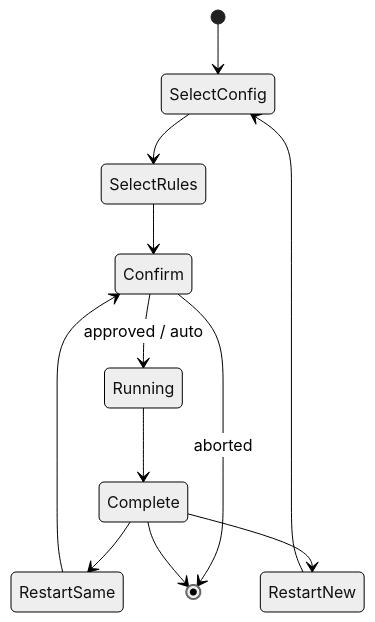
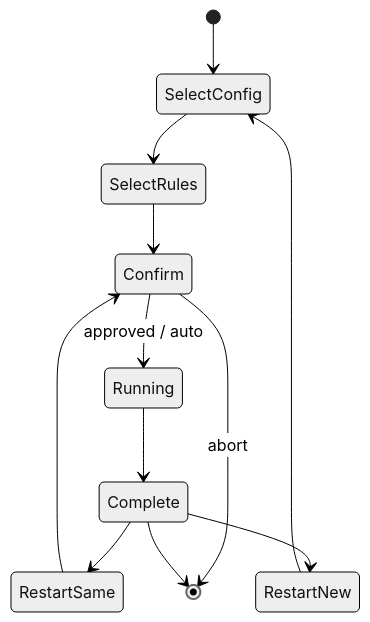
Before and after one commit to tks18/personal-finance-etl: the second of 3 diagrams in docs/getting-started/cli-and-desktop.md, drawn with Mermaid (neutral theme). The commit also changed other lines of this file and 3 other files, not shown here.

````diff
--- a/docs/getting-started/cli-and-desktop.md
+++ b/docs/getting-started/cli-and-desktop.md
@@ -123,14 +110,14 @@
 ```mermaid
 stateDiagram-v2
     [*] --> SelectConfig
     SelectConfig --> SelectRules
     SelectRules --> Confirm
     Confirm --> Running: approved / auto
-    Confirm --> [*]: aborted
+    Confirm --> [*]: abort
     Running --> Complete
     Complete --> RestartSame
     Complete --> RestartNew
     Complete --> [*]
     RestartSame --> Confirm
     RestartNew --> SelectConfig
 ```
````
